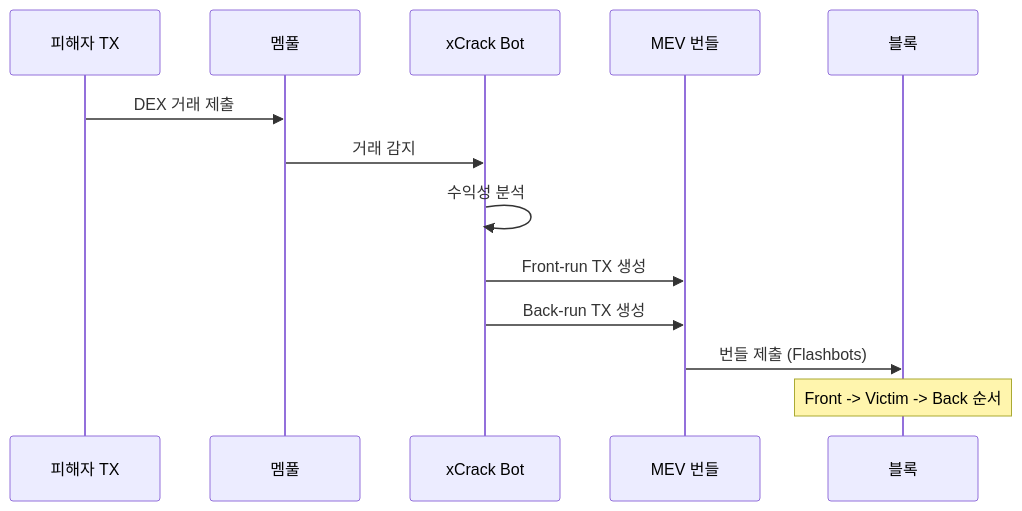
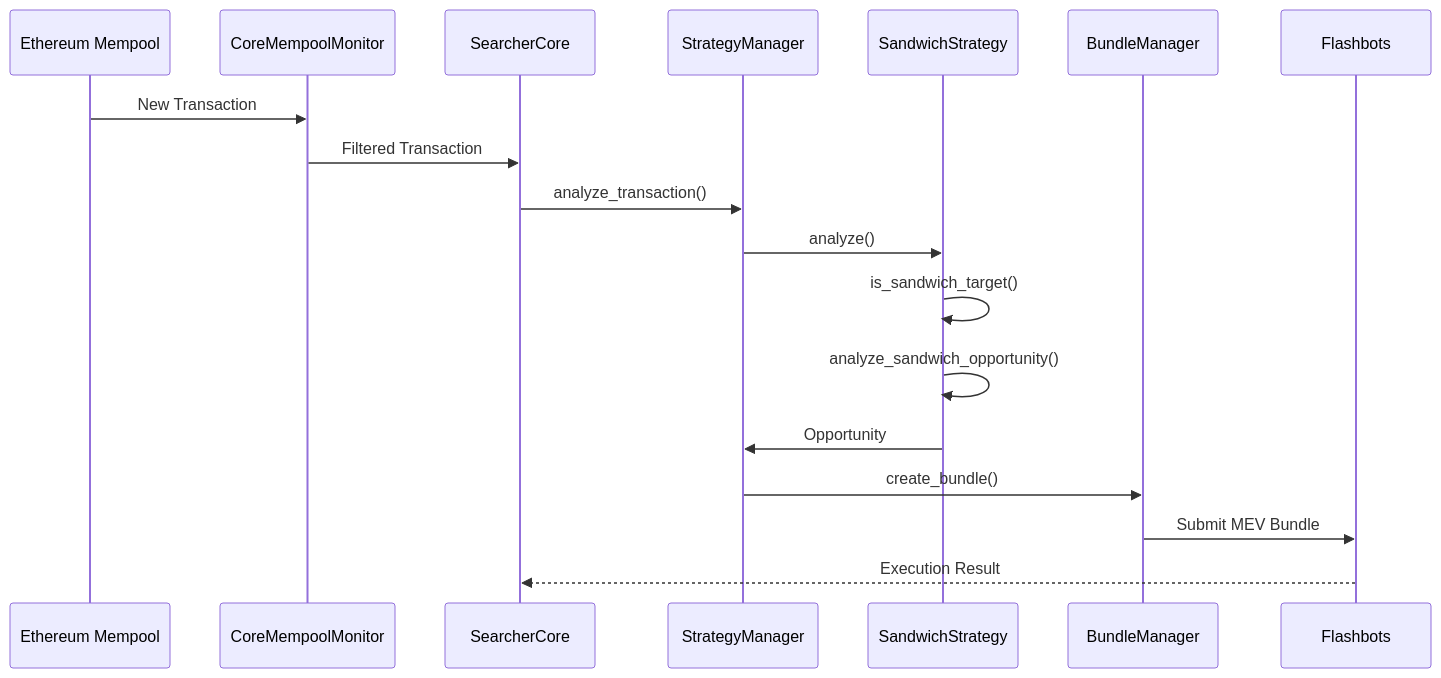
One commit to blockbit-hama/xCrack changed the second of 10 diagrams in docs/architecture.md. Above: the diagram before and after it, drawn with Mermaid. The commit also changed other lines of this file and 62 other files, not shown here.

````diff
--- a/docs/architecture.md
+++ b/docs/architecture.md
@@ -169,16 +183,21 @@
 ```mermaid
 sequenceDiagram
-    participant Victim as 피해자 TX
-    participant Mempool as 멤풀
-    participant Bot as xCrack Bot
-    participant Bundle as MEV 번들
-    participant Block as 블록
+    participant Mempool as Ethereum Mempool
+    participant CMM as CoreMempoolMonitor
+    participant SC as SearcherCore
+    participant SM as StrategyManager
+    participant SAND as SandwichStrategy
+    participant BM as BundleManager
+    participant FB as Flashbots
 
-    Victim->>Mempool: DEX 거래 제출
-    Mempool->>Bot: 거래 감지
-    Bot->>Bot: 수익성 분석
-    Bot->>Bundle: Front-run TX 생성
-    Bot->>Bundle: Back-run TX 생성
-    Bundle->>Block: 번들 제출 (Flashbots)
-    Note over Block: Front -> Victim -> Back 순서
+    Mempool->>CMM: New Transaction
+    CMM->>SC: Filtered Transaction
+    SC->>SM: analyze_transaction()
+    SM->>SAND: analyze()
+    SAND->>SAND: is_sandwich_target()
+    SAND->>SAND: analyze_sandwich_opportunity()
+    SAND->>SM: Opportunity
+    SM->>BM: create_bundle()
+    BM->>FB: Submit MEV Bundle
+    FB-->>SC: Execution Result
 ```
````
